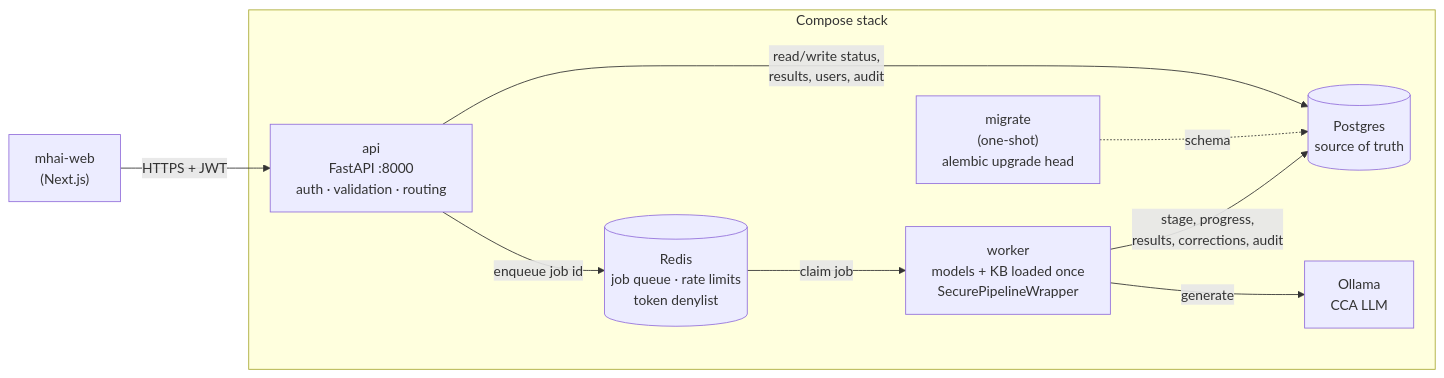
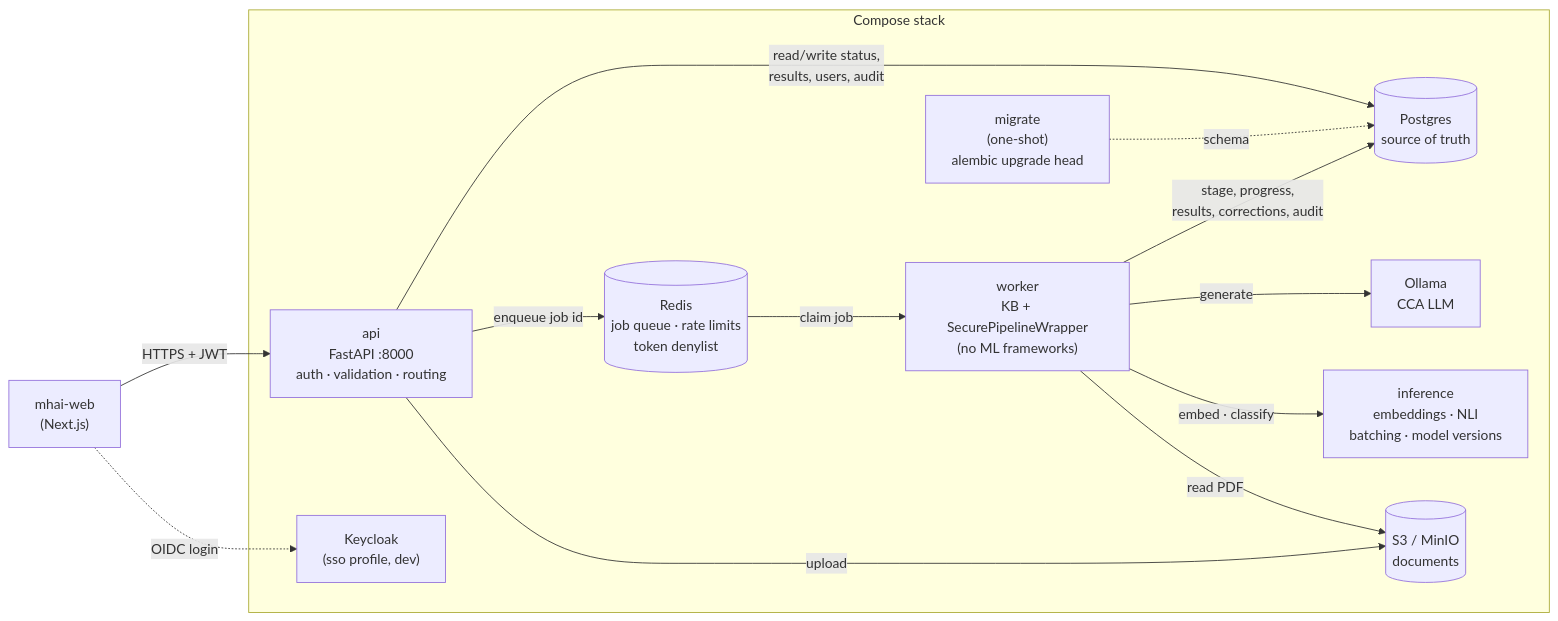
One commit to Measured-Health/mhai-multiagent changed the first of 10 diagrams in ARCHITECTURE.md. Above: the diagram before and after it, drawn with Mermaid. The commit also changed other lines of this file and 2 other files, not shown here.

First line of the commit message:
Write the API gateway design spec (#8) and ADR 0008

````diff
--- a/ARCHITECTURE.md
+++ b/ARCHITECTURE.md
@@ -40,20 +41,27 @@
 ```mermaid
 flowchart LR
     web["mhai-web<br/>(Next.js)"] -- "HTTPS + JWT" --> api
+    web -. "OIDC login" .-> keycloak
 
     subgraph stack["Compose stack"]
         api["api<br/>FastAPI :8000<br/>auth · validation · routing"]
-        worker["worker<br/>models + KB loaded once<br/>SecurePipelineWrapper"]
+        worker["worker<br/>KB + SecurePipelineWrapper<br/>(no ML frameworks)"]
+        infer["inference<br/>embeddings · NLI<br/>batching · model versions"]
         pg[("Postgres<br/>source of truth")]
         redis[("Redis<br/>job queue · rate limits<br/>token denylist")]
         ollama["Ollama<br/>CCA LLM"]
+        keycloak["Keycloak<br/>(sso profile, dev)"]
+        minio[("S3 / MinIO<br/>documents")]
         migrate["migrate<br/>(one-shot)<br/>alembic upgrade head"]
     end
 
     api -- "read/write status,<br/>results, users, audit" --> pg
     api -- "enqueue job id" --> redis
     redis -- "claim job" --> worker
     worker -- "stage, progress,<br/>results, corrections, audit" --> pg
     worker -- "generate" --> ollama
+    worker -- "embed · classify" --> infer
+    api -- "upload" --> minio
+    worker -- "read PDF" --> minio
     migrate -. "schema" .-> pg
 ```
````
